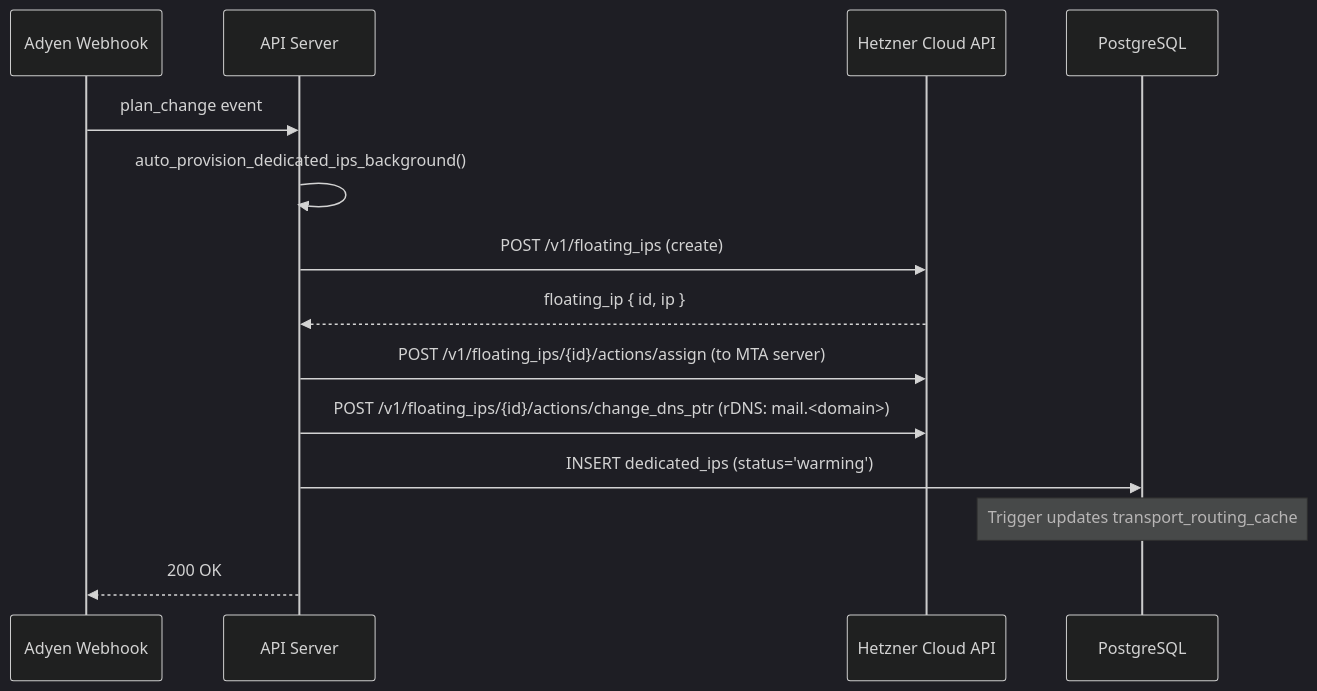
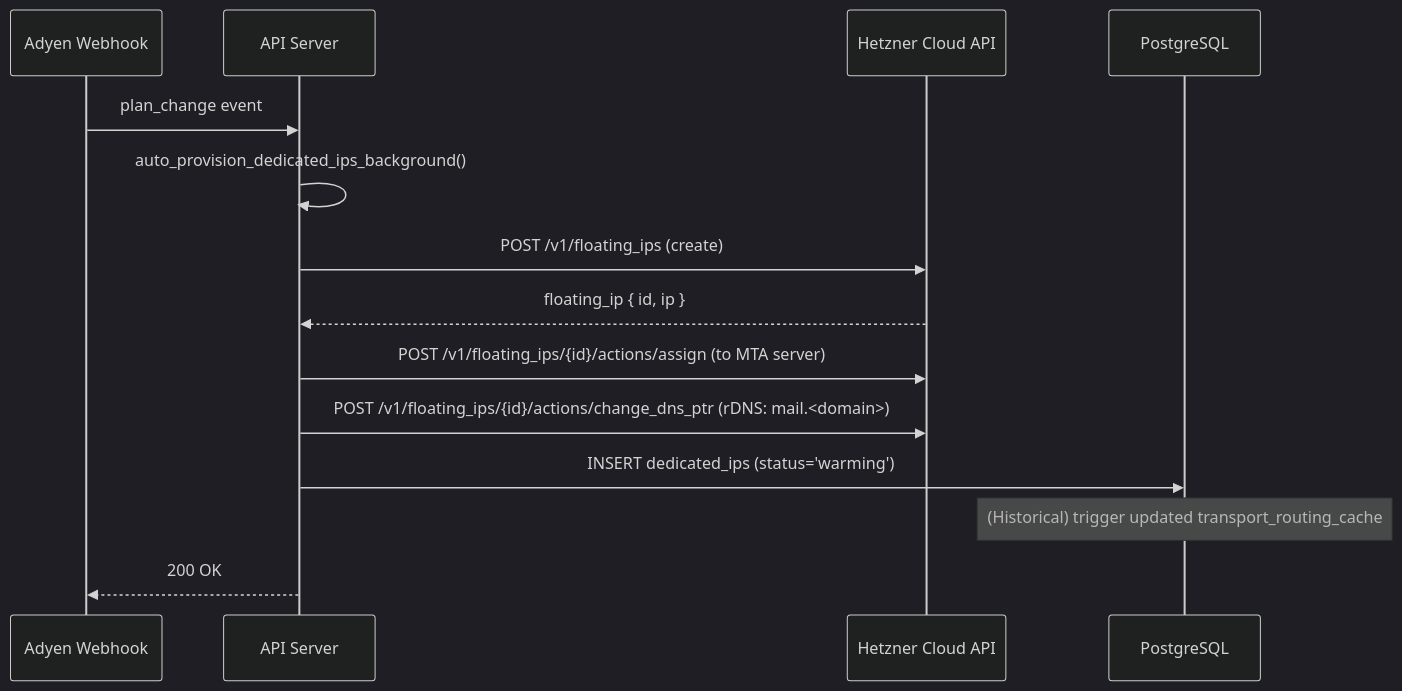
The second of 3 diagrams in docs/deployment/PRODUCTION_SETUP.md (sbelakho2/ApexMail), drawn with Mermaid (dark theme) before and after one commit. The commit also changed other lines of this file and 51 other files, not shown here.

````diff
--- a/docs/deployment/PRODUCTION_SETUP.md
+++ b/docs/deployment/PRODUCTION_SETUP.md
@@ -292,17 +292,17 @@
 ```mermaid
 sequenceDiagram
     participant Adyen as Adyen Webhook
     participant API as API Server
     participant Hetzner as Hetzner Cloud API
     participant DB as PostgreSQL
 
     Adyen->>API: plan_change event
     API->>API: auto_provision_dedicated_ips_background()
     API->>Hetzner: POST /v1/floating_ips (create)
     Hetzner-->>API: floating_ip { id, ip }
     API->>Hetzner: POST /v1/floating_ips/{id}/actions/assign (to MTA server)
     API->>Hetzner: POST /v1/floating_ips/{id}/actions/change_dns_ptr (rDNS: mail.<domain>)
     API->>DB: INSERT dedicated_ips (status='warming')
-    Note over DB: Trigger updates transport_routing_cache
+    Note over DB: (Historical) trigger updated transport_routing_cache
     API-->>Adyen: 200 OK
 ```
````
